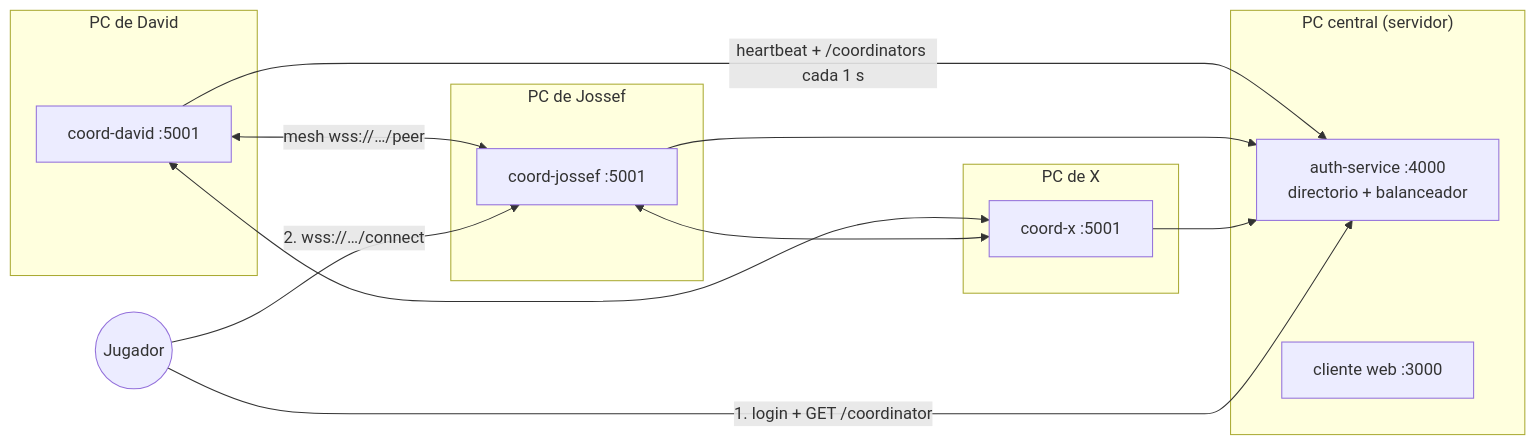
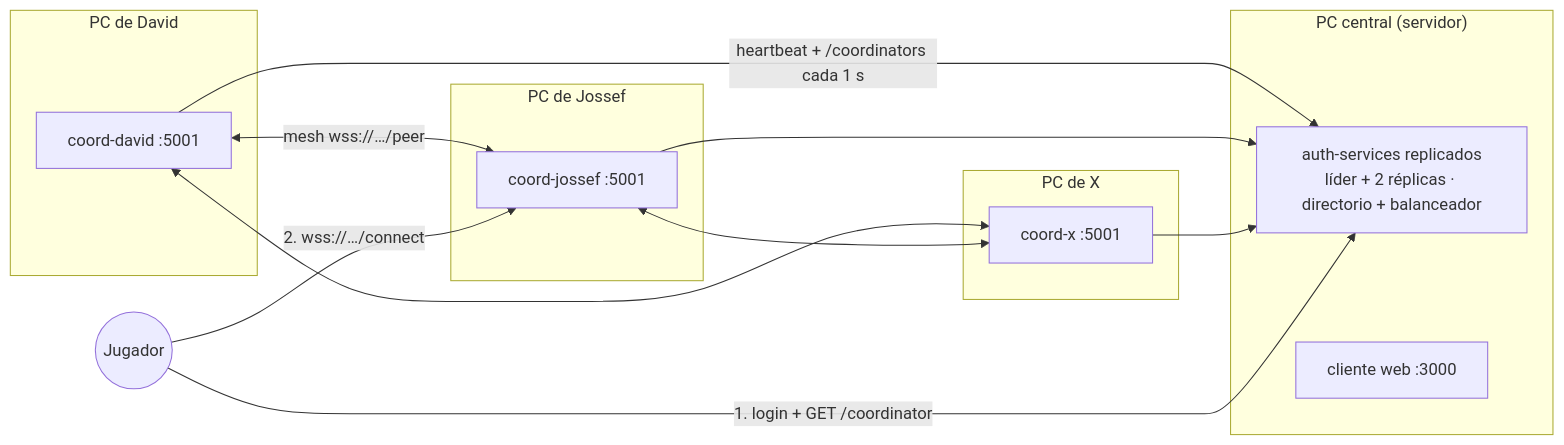
The diagram in docs/COORDINADORES_NGROK.md (Sr-Davenson/Monopoly_Sd), drawn with Mermaid before and after one commit. The commit also changed other lines of this file and 1 other file, not shown here.

Commit message:
README y tutorial: auth replicado, decisiones de consistencia y guia de sustentacion

````diff
--- a/docs/COORDINADORES_NGROK.md
+++ b/docs/COORDINADORES_NGROK.md
@@ -9,25 +9,25 @@
 ```mermaid
 flowchart LR
     subgraph Central["PC central (servidor)"]
-        AUTH["auth-service :4000<br/>directorio + balanceador"]
+        AUTH["auth-services replicados<br/>líder + 2 réplicas · directorio + balanceador"]
         WEB["cliente web :3000"]
     end
     subgraph PC1["PC de David"]
         CA["coord-david :5001"]
     end
     subgraph PC2["PC de Jossef"]
         CB["coord-jossef :5001"]
     end
     subgraph PC3["PC de X"]
         CX["coord-x :5001"]
     end
 
     CA -- "heartbeat + /coordinators cada 1 s" --> AUTH
     CB --> AUTH
     CX --> AUTH
     CA <-- "mesh wss://…/peer" --> CB
     CA <--> CX
     CB <--> CX
     J(("Jugador")) -- "1. login + GET /coordinator" --> AUTH
     J -- "2. wss://…/connect" --> CB
 ```
````
